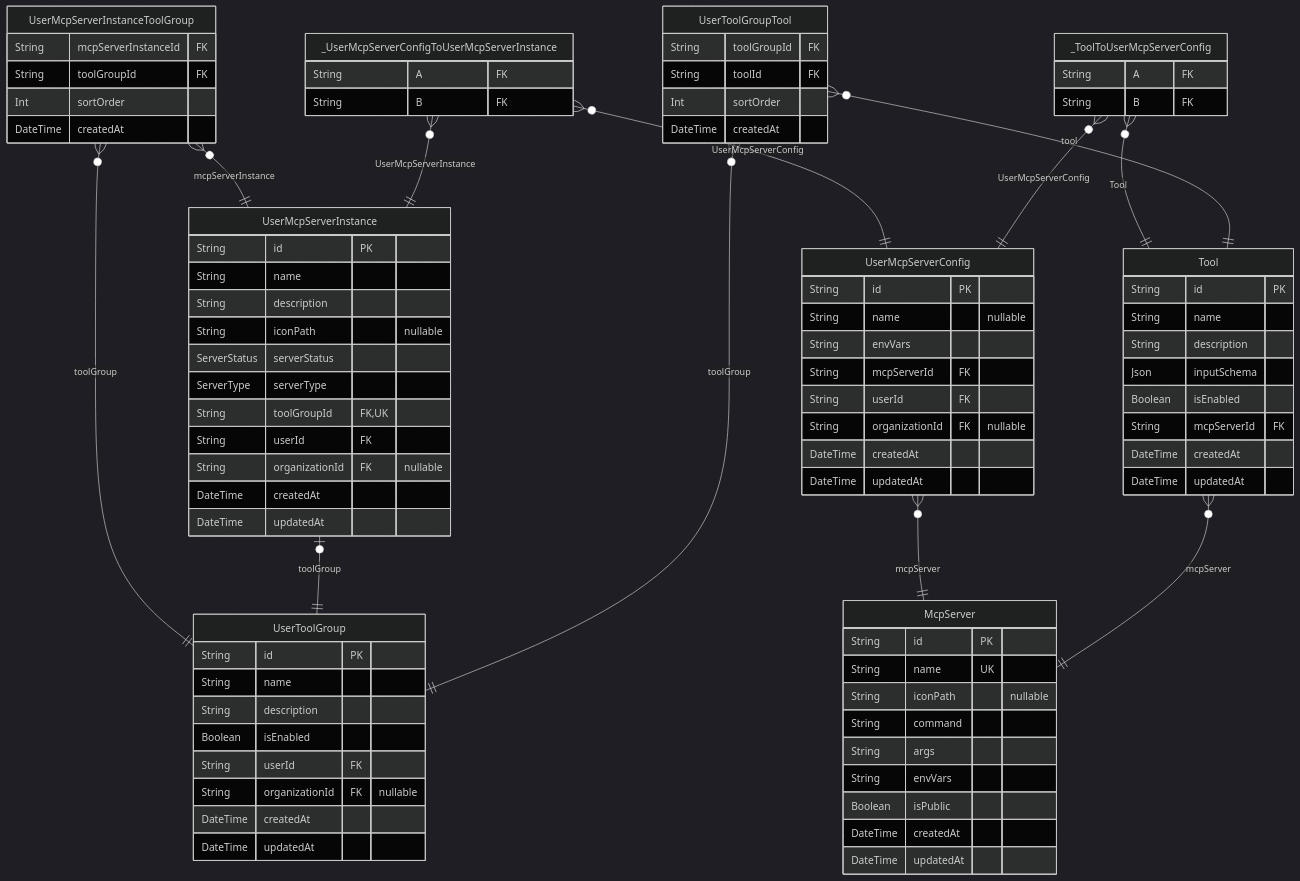
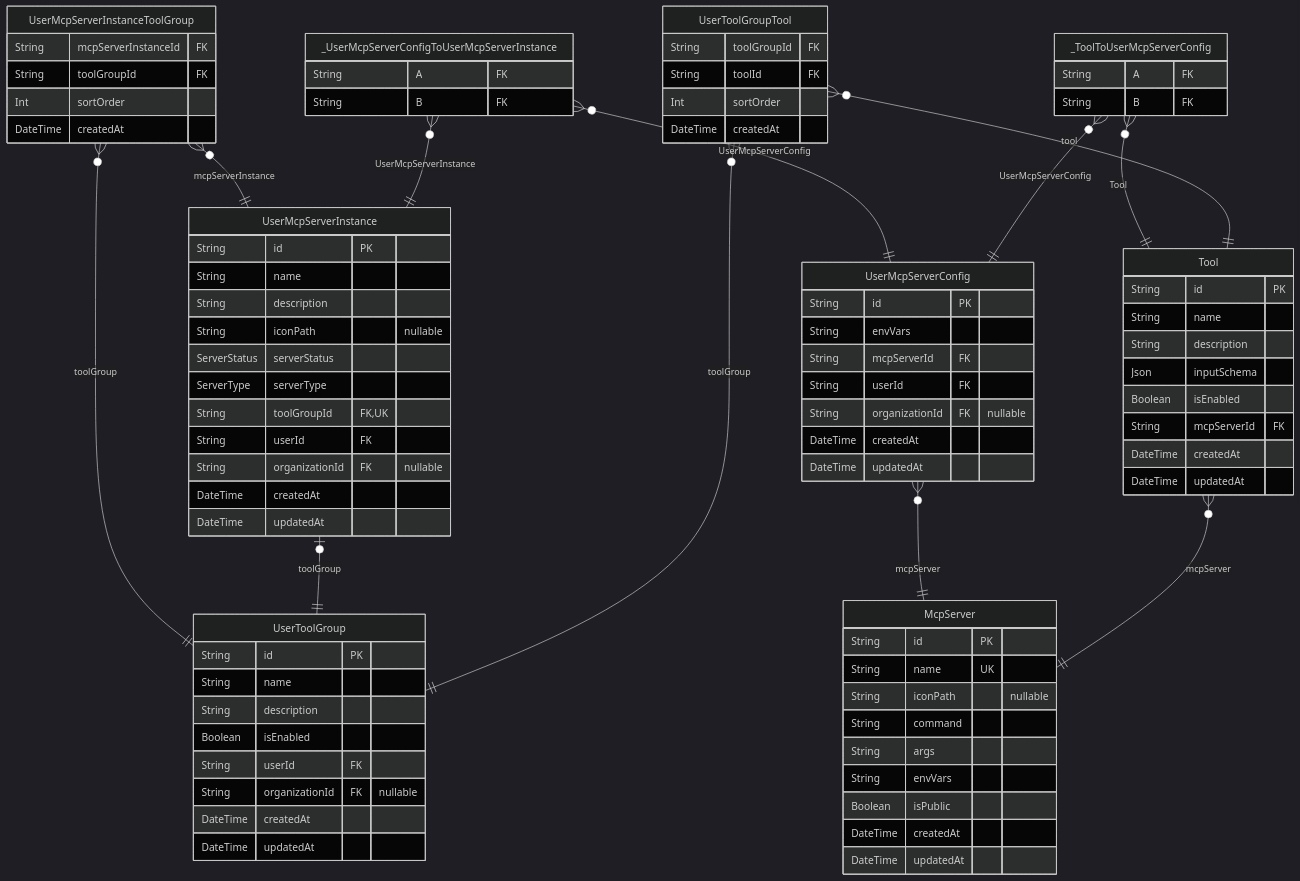
One commit to rayven122/tumiki changed the first of 4 diagrams in prisma/README.md. Above: the diagram before and after it, drawn with Mermaid (dark theme). The commit also changed other lines of this file and 2 other files, not shown here.

```diff
--- a/prisma/README.md
+++ b/prisma/README.md
@@ -32,7 +32,6 @@
 }
 "UserMcpServerConfig" {
   String id PK
-  String name "nullable"
   String envVars
   String mcpServerId FK
   String userId FK
```
